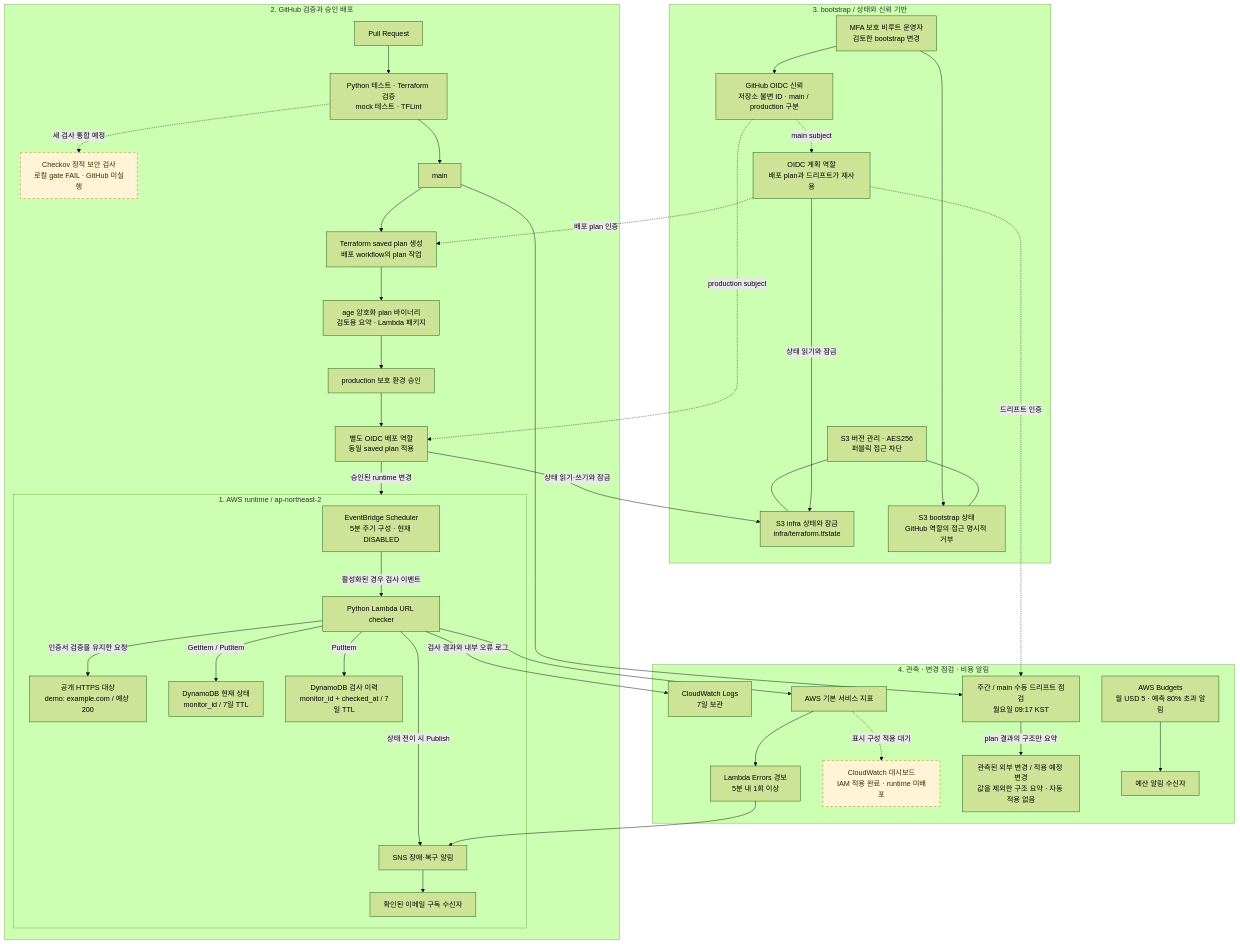
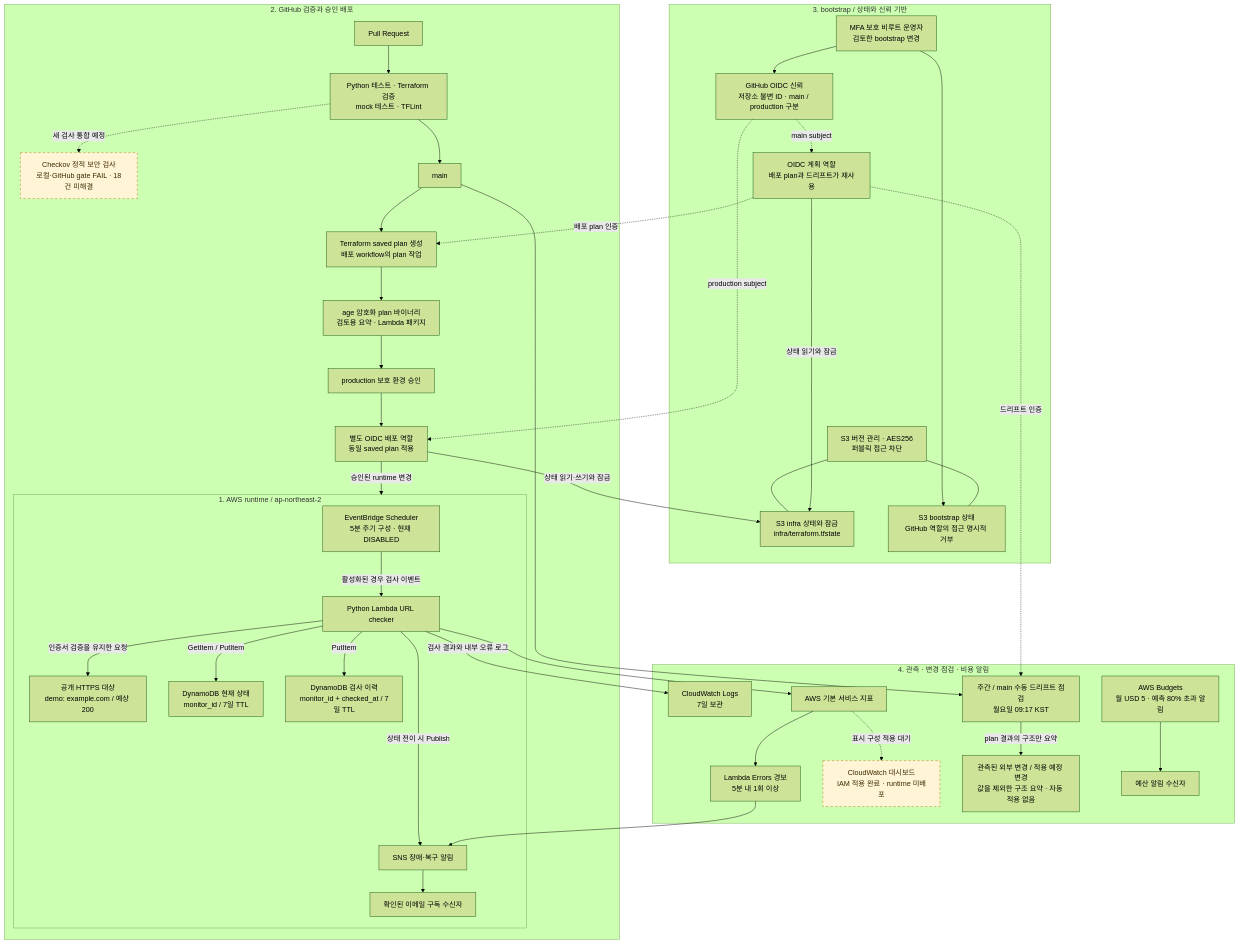
The diagram in docs/architecture.md (namwoojin87/terraform-aws-url-monitor), drawn with Mermaid (forest theme) before and after one commit. The commit also changed other lines of this file and 8 other files, not shown here.

````diff
--- a/docs/architecture.md
+++ b/docs/architecture.md
@@ -13,71 +13,71 @@
 ```mermaid
 flowchart TB
   subgraph runtime["1. AWS runtime / ap-northeast-2"]
     Scheduler["EventBridge Scheduler\n5분 주기 구성 · 현재 DISABLED"]
     Lambda["Python Lambda URL checker"]
     Target["공개 HTTPS 대상\ndemo: example.com / 예상 200"]
     State["DynamoDB 현재 상태\nmonitor_id / 7일 TTL"]
     History["DynamoDB 검사 이력\nmonitor_id + checked_at / 7일 TTL"]
     SNS["SNS 장애·복구 알림"]
     Recipient["확인된 이메일 구독 수신자"]
     Scheduler -->|"활성화된 경우 검사 이벤트"| Lambda
     Lambda -->|"인증서 검증을 유지한 요청"| Target
     Lambda -->|"GetItem / PutItem"| State
     Lambda -->|"PutItem"| History
     Lambda -->|"상태 전이 시 Publish"| SNS
     SNS --> Recipient
   end
 
   subgraph delivery["2. GitHub 검증과 승인 배포"]
     PR["Pull Request"]
     CI["Python 테스트 · Terraform 검증\nmock 테스트 · TFLint"]
-    Checkov["Checkov 정적 보안 검사\n로컬 gate FAIL · GitHub 미실행"]
+    Checkov["Checkov 정적 보안 검사\n로컬·GitHub gate FAIL · 18건 미해결"]
     Main["main"]
     Plan["Terraform saved plan 생성\n배포 workflow의 plan 작업"]
     Artifact["age 암호화 plan 바이너리\n검토용 요약 · Lambda 패키지"]
     Approval["production 보호 환경 승인"]
     Deploy["별도 OIDC 배포 역할\n동일 saved plan 적용"]
     PR --> CI --> Main --> Plan --> Artifact --> Approval --> Deploy
     CI -. "새 검사 통합 예정" .-> Checkov
     Deploy -->|"승인된 runtime 변경"| runtime
   end
 
   subgraph foundation["3. bootstrap / 상태와 신뢰 기반"]
     Admin["MFA 보호 비루트 운영자\n검토한 bootstrap 변경"]
     Trust["GitHub OIDC 신뢰\n저장소 불변 ID · main / production 구분"]
     PlanRole["OIDC 계획 역할\n배포 plan과 드리프트가 재사용"]
     RuntimeState["S3 infra 상태와 잠금\ninfra/terraform.tfstate"]
     BootstrapState["S3 bootstrap 상태\nGitHub 역할의 접근 명시적 거부"]
     Protection["S3 버전 관리 · AES256\n퍼블릭 접근 차단"]
     Admin --> Trust
     Admin --> BootstrapState
     Protection --- RuntimeState
     Protection --- BootstrapState
     Trust -. "main subject" .-> PlanRole
     PlanRole -. "배포 plan 인증" .-> Plan
     Trust -. "production subject" .-> Deploy
     PlanRole -->|"상태 읽기와 잠금"| RuntimeState
     Deploy -->|"상태 읽기·쓰기와 잠금"| RuntimeState
   end
 
   subgraph operations["4. 관측 · 변경 점검 · 비용 알림"]
     Logs["CloudWatch Logs\n7일 보관"]
     Metrics["AWS 기본 서비스 지표"]
     Alarm["Lambda Errors 경보\n5분 내 1회 이상"]
     Dashboard["CloudWatch 대시보드\nIAM 적용 완료 · runtime 미배포"]
     Drift["주간 / main 수동 드리프트 점검\n월요일 09:17 KST"]
     Report["관측된 외부 변경 / 적용 예정 변경\n값을 제외한 구조 요약 · 자동 적용 없음"]
     Budget["AWS Budgets\n월 USD 5 · 예측 80% 초과 알림"]
     BudgetRecipient["예산 알림 수신자"]
     Lambda -->|"검사 결과와 내부 오류 로그"| Logs
     Lambda --> Metrics --> Alarm --> SNS
     Metrics -. "표시 구성 적용 대기" .-> Dashboard
     Main --> Drift
     PlanRole -. "드리프트 인증" .-> Drift
     Drift -->|"plan 결과의 구조만 요약"| Report
     Budget --> BudgetRecipient
   end
 
   classDef pending fill:#fff4d6,stroke:#b56e05,stroke-dasharray:5 5,color:#3d2b00;
   class Dashboard,Checkov pending;
 ```
````
